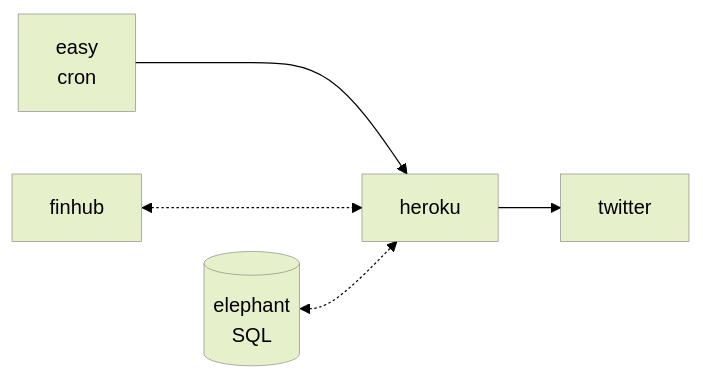
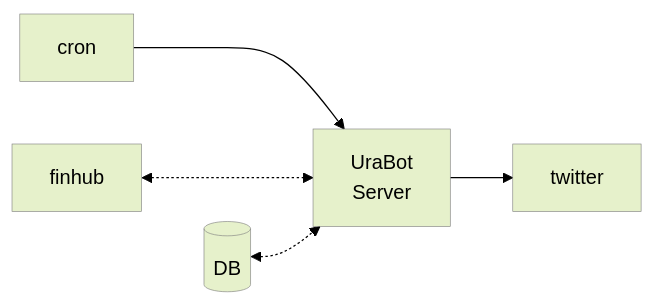
The diagram in README.md (victorabarros/ura-bot), drawn with Mermaid (forest theme) before and after one commit.

Commit message:
rename flow components

````diff
--- a/README.md
+++ b/README.md
@@ -64,22 +64,22 @@
 ```mermaid
     flowchart LR;
 
       %% components
-      cron[easy<br>cron];
-      server[heroku];
+      cron[cron];
+      server[UraBot<br>Server];
       finhub[finhub];
-      db[(elephant<br>SQL)];
+      db[(DB)];
       client[twitter];
 
       %% flow
       cron--->
       server-->
       client;
 
       finhub<-..->server;
       db<-.->server;
 
       %% styles
       classDef box fill-opacity:.5, stroke:grey, stroke-width:.5px;
       class cron,server,finhub,db,client box
 ```
````
